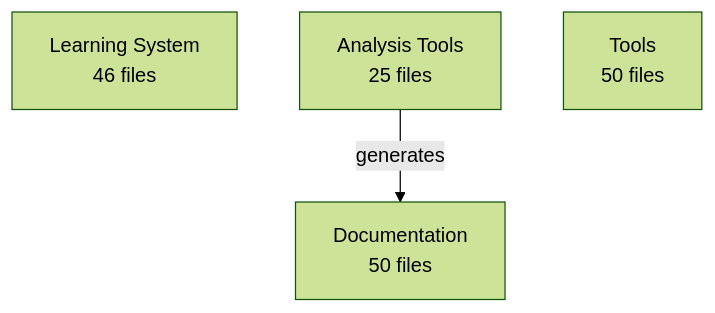
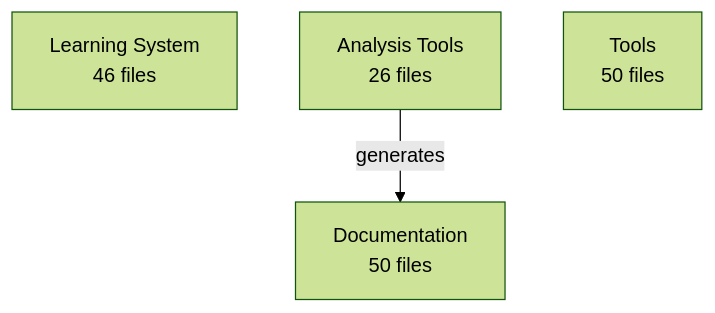
Before and after one commit to enufacas/Chained: the diagram in analysis/architecture/architecture.mmd, drawn with Mermaid (forest theme). The commit also changed 6 other files, not shown here.

First line of the commit message:
🏗️ Update architecture evolution tracking

```diff
--- a/analysis/architecture/architecture.mmd
+++ b/analysis/architecture/architecture.mmd
@@ -1,6 +1,6 @@
 graph TD
     learning_system[Learning System<br/>46 files]
-    analysis_tools[Analysis Tools<br/>25 files]
+    analysis_tools[Analysis Tools<br/>26 files]
     documentation[Documentation<br/>50 files]
     tools[Tools<br/>50 files]
     analysis_tools -->|generates| documentation
```
